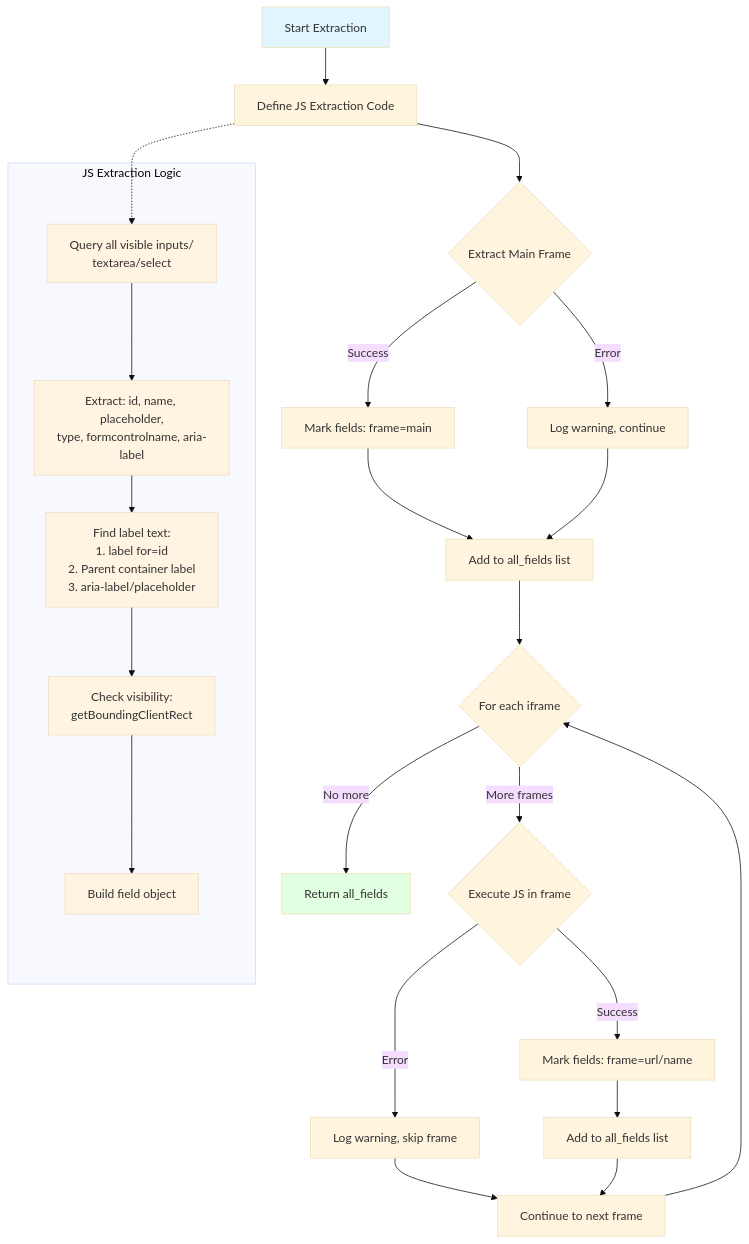
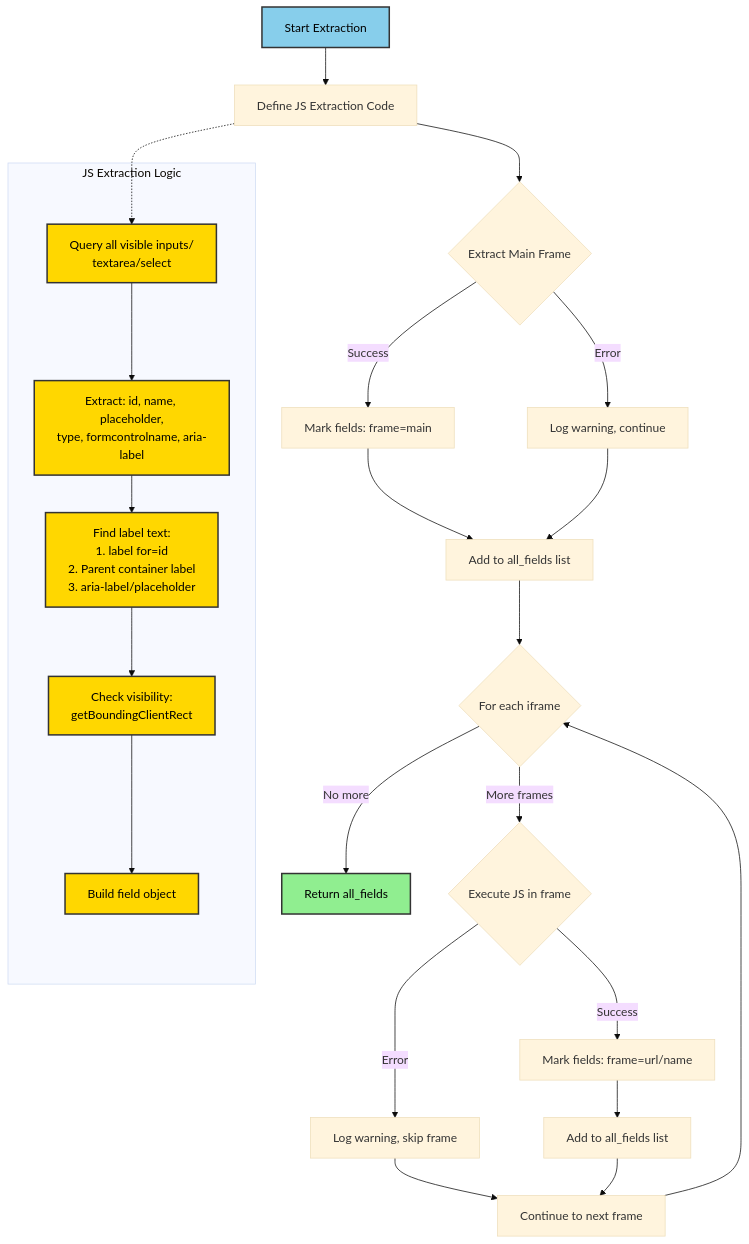
Before and after one commit to Buck-Beak/Form_Filler: the sixth of 9 diagrams in ARCHITECTURE_DIAGRAM.md, drawn with Mermaid (base theme). The commit also changed other lines of this file, not shown here.

````diff
--- a/ARCHITECTURE_DIAGRAM.md
+++ b/ARCHITECTURE_DIAGRAM.md
@@ -346,45 +346,45 @@
 ```mermaid
 flowchart TD
     A[Start Extraction] --> B[Define JS Extraction Code]
     
     B --> C{Extract Main Frame}
     C -->|Success| D[Mark fields: frame=main]
     C -->|Error| E[Log warning, continue]
     
     D --> F[Add to all_fields list]
     E --> F
     
     F --> G{For each iframe}
     G -->|More frames| H{Execute JS in frame}
     G -->|No more| M[Return all_fields]
     
     H -->|Success| I[Mark fields: frame=url/name]
     H -->|Error| J[Log warning, skip frame]
     
     I --> K[Add to all_fields list]
     J --> L[Continue to next frame]
     K --> L
     L --> G
     
     subgraph "JS Extraction Logic"
         N[Query all visible inputs/<br/>textarea/select]
         O[Extract: id, name, placeholder,<br/>type, formcontrolname, aria-label]
         P["Find label text:<br/>1. label for=id<br/>2. Parent container label<br/>3. aria-label/placeholder"]
         Q[Check visibility:<br/>getBoundingClientRect]
         R[Build field object]
     end
     
     B -.-> N
     N --> O
     O --> P
     P --> Q
     Q --> R
     
-    style A fill:#e1f5ff
-    style M fill:#e1ffe1
-    style N fill:#fff4e1
-    style O fill:#fff4e1
-    style P fill:#fff4e1
-    style Q fill:#fff4e1
-    style R fill:#fff4e1
+    style A fill:#87ceeb,stroke:#333,stroke-width:2px,color:#000
+    style M fill:#90ee90,stroke:#333,stroke-width:2px,color:#000
+    style N fill:#ffd700,stroke:#333,stroke-width:2px,color:#000
+    style O fill:#ffd700,stroke:#333,stroke-width:2px,color:#000
+    style P fill:#ffd700,stroke:#333,stroke-width:2px,color:#000
+    style Q fill:#ffd700,stroke:#333,stroke-width:2px,color:#000
+    style R fill:#ffd700,stroke:#333,stroke-width:2px,color:#000
 ```
````
